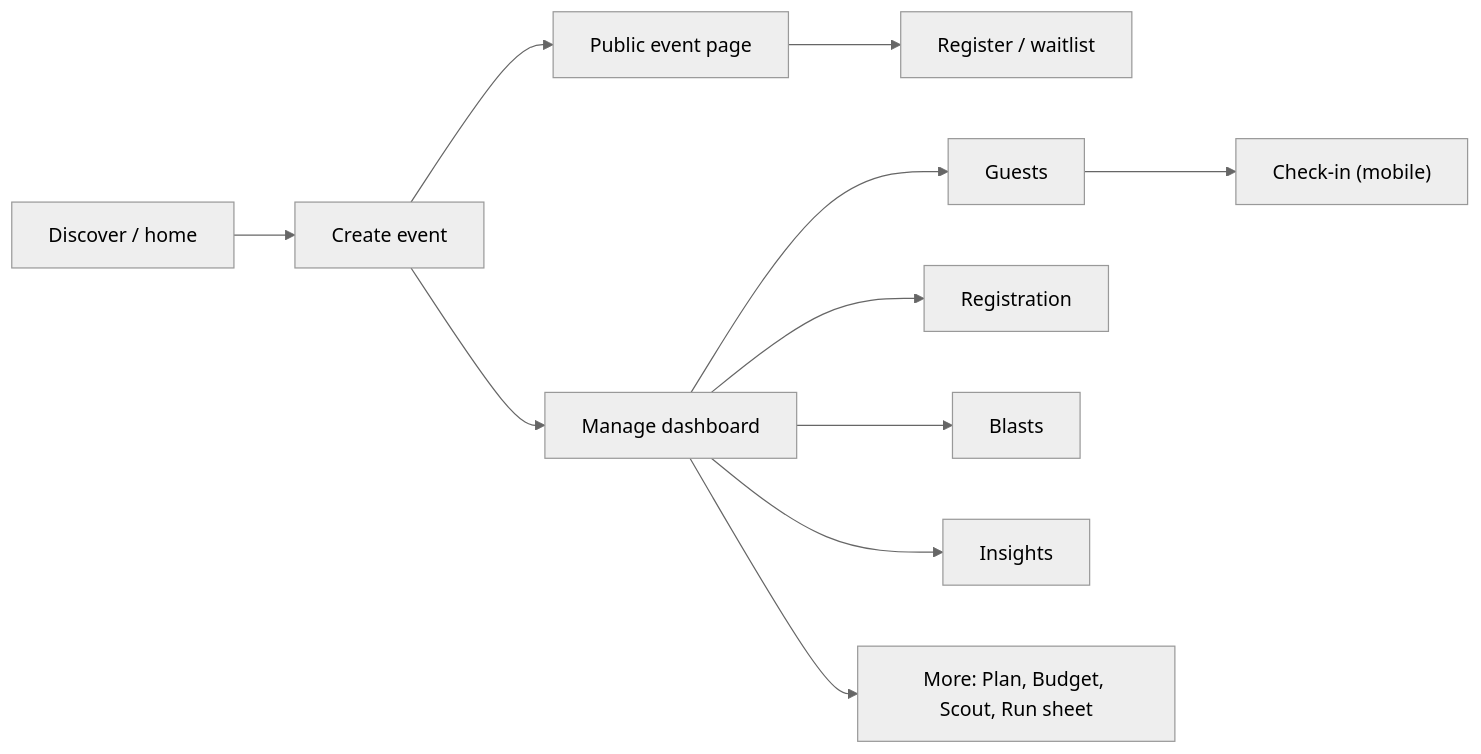
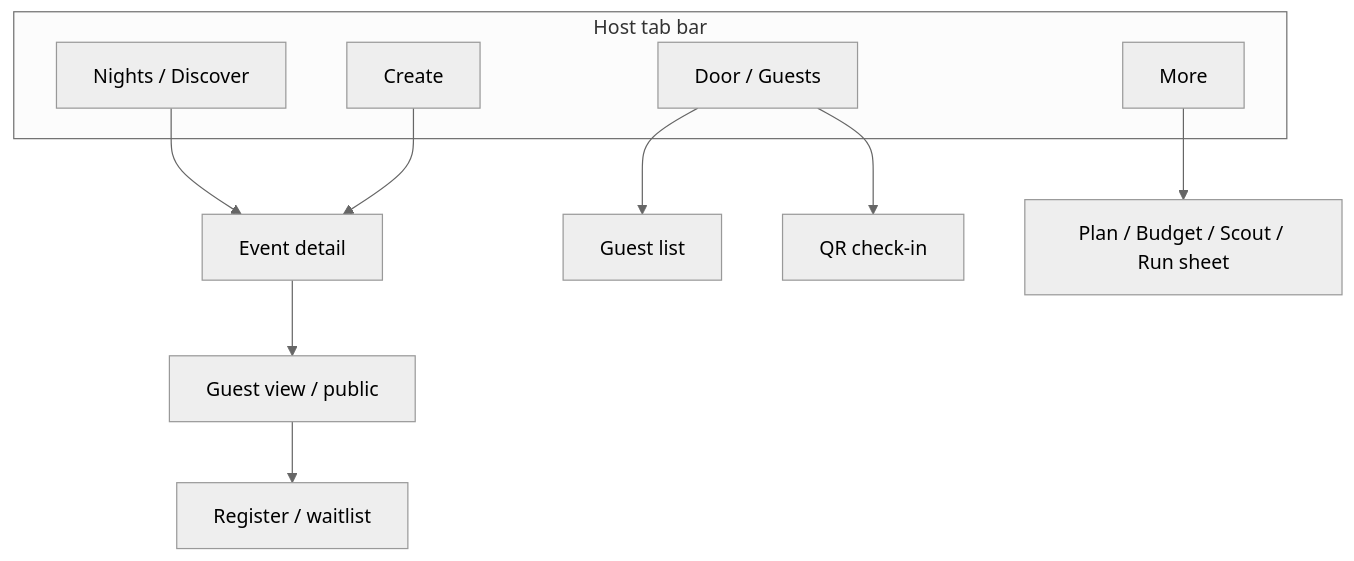
The diagram in designs/luma-inspired/INFORMATION_ARCHITECTURE.md (leotu2008-ux/HostKit), drawn with Mermaid (neutral theme) before and after one commit. The commit also changed other lines of this file and 12 other files, not shown here.

First line of the commit message:
Make HostKit design pack mobile-first

````diff
--- a/designs/luma-inspired/INFORMATION_ARCHITECTURE.md
+++ b/designs/luma-inspired/INFORMATION_ARCHITECTURE.md
@@ -5,13 +7,16 @@
 ```mermaid
-flowchart LR
-  Discover["Discover / home"] --> Create["Create event"]
-  Create --> Public["Public event page"]
-  Create --> Manage["Manage dashboard"]
-  Public --> Register["Register / waitlist"]
-  Manage --> Guests["Guests"]
-  Manage --> Registration["Registration"]
-  Manage --> Blasts["Blasts"]
-  Manage --> Insights["Insights"]
-  Manage --> More["More: Plan, Budget, Scout, Run sheet"]
-  Guests --> Checkin["Check-in (mobile)"]
+flowchart TB
+  subgraph tabs [Host tab bar]
+    Nights[Nights / Discover]
+    Create[Create]
+    Door[Door / Guests]
+    More[More]
+  end
+  Nights --> Detail[Event detail]
+  Detail --> GuestView[Guest view / public]
+  Create --> Detail
+  Door --> List[Guest list]
+  Door --> Scan[QR check-in]
+  More --> Plan[Plan / Budget / Scout / Run sheet]
+  GuestView --> Register[Register / waitlist]
 ```
````
